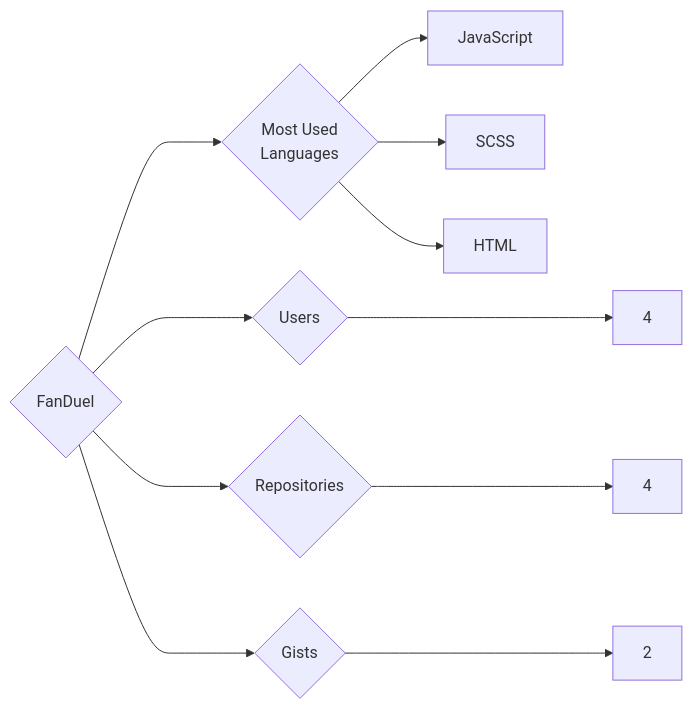
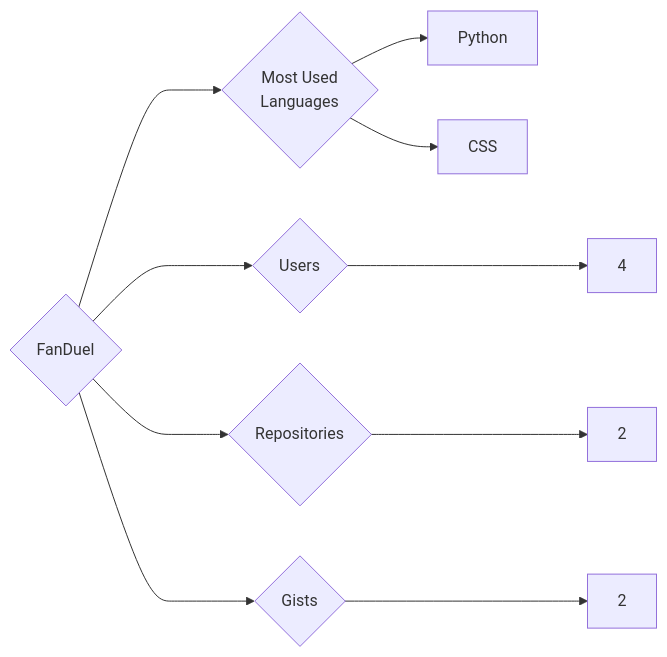
One commit to trickest/insiders changed the diagram in targets/FanDuel/README.md. Above: the diagram before and after it, drawn with Mermaid. The commit also changed 1120 other files, not shown here.

````diff
--- a/targets/FanDuel/README.md
+++ b/targets/FanDuel/README.md
@@ -3,11 +3,10 @@
 ```mermaid
 graph LR
 COMPANY_NAME{FanDuel}
 COMPANY_NAME ---> U{Users} ---> UN[4]
-COMPANY_NAME ---> R{Repositories} ---> RN[4]
+COMPANY_NAME ---> R{Repositories} ---> RN[2]
 COMPANY_NAME ---> G{Gists} ---> GN[2]
 COMPANY_NAME ---> ML{Most Used<br>Languages}
-ML --> JavaScript[JavaScript]
-ML --> SCSS[SCSS]
-ML --> HTML[HTML]
+ML --> Python[Python]
+ML --> CSS[CSS]
 ```
````
